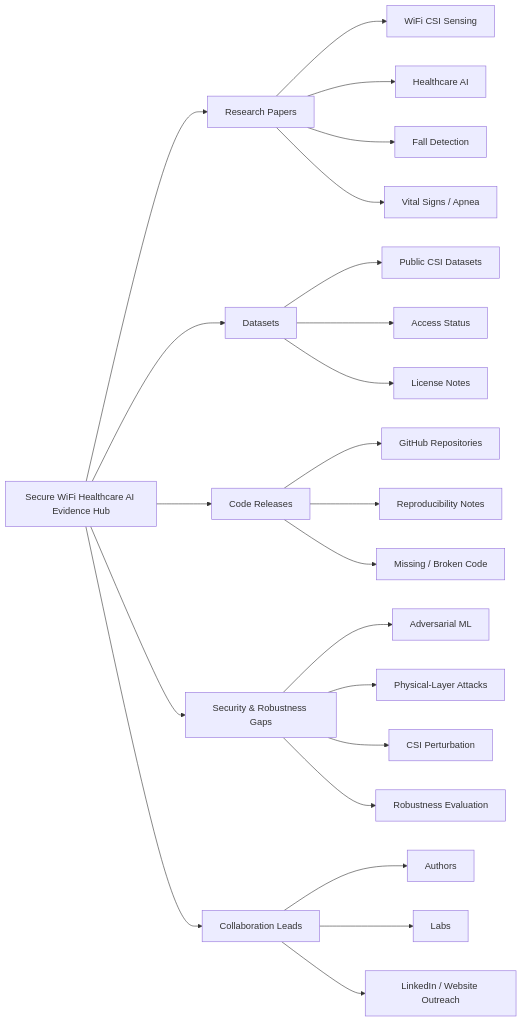
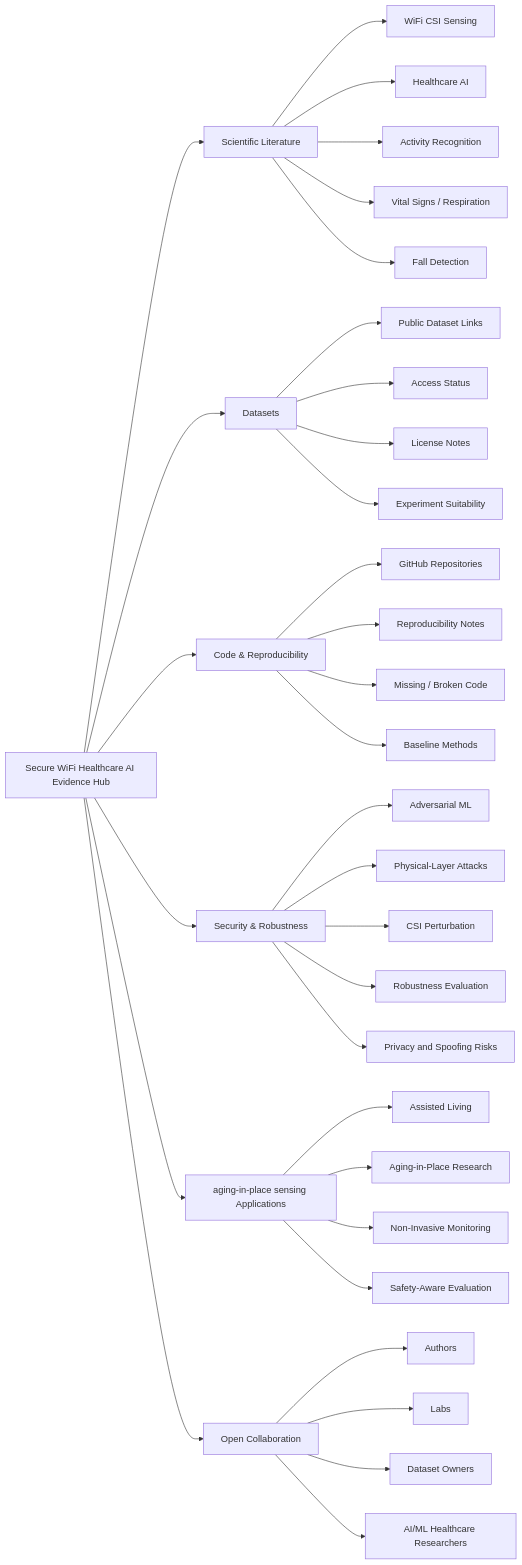
Before and after one commit to shahram-h-hesari/secure-wifi-csi-healthcare-sensing: the first of 2 diagrams in evidence_hub/README.md, drawn with Mermaid. The commit also changed other lines of this file, not shown here.

Commit message:
Refine Evidence Hub positioning for research collaboration

````diff
--- a/evidence_hub/README.md
+++ b/evidence_hub/README.md
@@ -33,30 +57,41 @@
 ```mermaid
 flowchart LR
-    A["Secure WiFi Healthcare AI Evidence Hub"] --> B["Research Papers"]
+    A["Secure WiFi Healthcare AI Evidence Hub"] --> B["Scientific Literature"]
     A --> C["Datasets"]
-    A --> D["Code Releases"]
-    A --> E["Security & Robustness Gaps"]
-    A --> F["Collaboration Leads"]
+    A --> D["Code & Reproducibility"]
+    A --> E["Security & Robustness"]
+    A --> F["aging-in-place sensing Applications"]
+    A --> G["Open Collaboration"]
 
     B --> B1["WiFi CSI Sensing"]
     B --> B2["Healthcare AI"]
-    B --> B3["Fall Detection"]
-    B --> B4["Vital Signs / Apnea"]
+    B --> B3["Activity Recognition"]
+    B --> B4["Vital Signs / Respiration"]
+    B --> B5["Fall Detection"]
 
-    C --> C1["Public CSI Datasets"]
+    C --> C1["Public Dataset Links"]
     C --> C2["Access Status"]
     C --> C3["License Notes"]
+    C --> C4["Experiment Suitability"]
 
     D --> D1["GitHub Repositories"]
     D --> D2["Reproducibility Notes"]
     D --> D3["Missing / Broken Code"]
+    D --> D4["Baseline Methods"]
 
     E --> E1["Adversarial ML"]
     E --> E2["Physical-Layer Attacks"]
     E --> E3["CSI Perturbation"]
     E --> E4["Robustness Evaluation"]
+    E --> E5["Privacy and Spoofing Risks"]
 
-    F --> F1["Authors"]
-    F --> F2["Labs"]
-    F --> F3["LinkedIn / Website Outreach"]
+    F --> F1["Assisted Living"]
+    F --> F2["Aging-in-Place Research"]
+    F --> F3["Non-Invasive Monitoring"]
+    F --> F4["Safety-Aware Evaluation"]
+
+    G --> G1["Authors"]
+    G --> G2["Labs"]
+    G --> G3["Dataset Owners"]
+    G --> G4["AI/ML Healthcare Researchers"]
 ```
````
